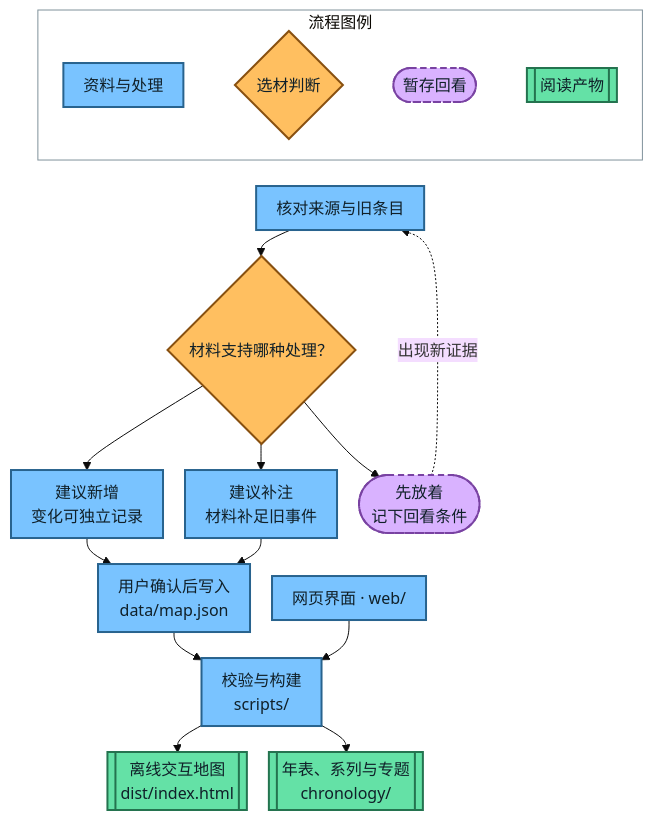
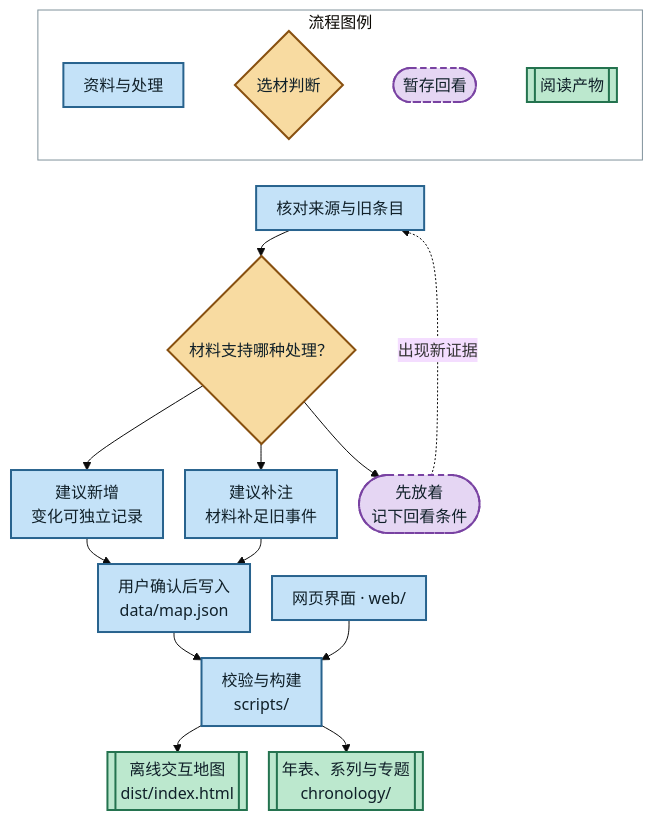
Before and after one commit to lastdanger/ai-growth-tracking: the diagram in README.md, drawn with Mermaid (base theme). The commit also changed other lines of this file and 13 other files, not shown here.

Commit message:
完善地图首次访问引导、图例与明暗阅读背景

````diff
--- a/README.md
+++ b/README.md
@@ -30,32 +30,32 @@
 ```mermaid
 ---
 config:
   flowchart:
     nodeSpacing: 22
     rankSpacing: 26
     padding: 10
 ---
 flowchart TD
     subgraph Key["流程图例"]
         direction LR
         K1["资料与处理"]:::work ~~~ K2{"选材判断"}:::decision ~~~ K3(["暂存回看"]):::watch ~~~ K4[["阅读产物"]]:::output
     end
     Key ~~~ A
     A["核对来源与旧条目"]:::work --> J{"材料支持哪种处理？"}:::decision
     J --> B["建议新增<br/>变化可独立记录"]:::work
     J --> U["建议补注<br/>材料补足旧事件"]:::work
     J --> C(["先放着<br/>记下回看条件"]):::watch
     C -. 出现新证据 .-> A
     B --> D["用户确认后写入<br/>data/map.json"]:::work
     U --> D
     D --> E["校验与构建<br/>scripts/"]:::work
     W["网页界面 · web/"]:::work --> E
     E --> H[["离线交互地图<br/>dist/index.html"]]:::output
     E --> M[["年表、系列与专题<br/>chronology/"]]:::output
 
-    classDef work fill:#79C3FF,stroke:#28638E,color:#102029,stroke-width:2px;
-    classDef decision fill:#FFBF60,stroke:#885010,color:#102029,stroke-width:2px;
-    classDef watch fill:#D9B2FF,stroke:#7942A2,color:#102029,stroke-width:2px,stroke-dasharray:6 4;
-    classDef output fill:#64E1A6,stroke:#24734F,color:#102029,stroke-width:2px;
+    classDef work fill:#C4E2F8,stroke:#28638E,color:#102029,stroke-width:2px;
+    classDef decision fill:#F8DBA1,stroke:#885010,color:#102029,stroke-width:2px;
+    classDef watch fill:#E5D6F3,stroke:#7942A2,color:#102029,stroke-width:2px,stroke-dasharray:6 4;
+    classDef output fill:#BCE8CE,stroke:#24734F,color:#102029,stroke-width:2px;
     style Key fill:transparent,stroke:#80929B,stroke-width:1px
 ```
````
